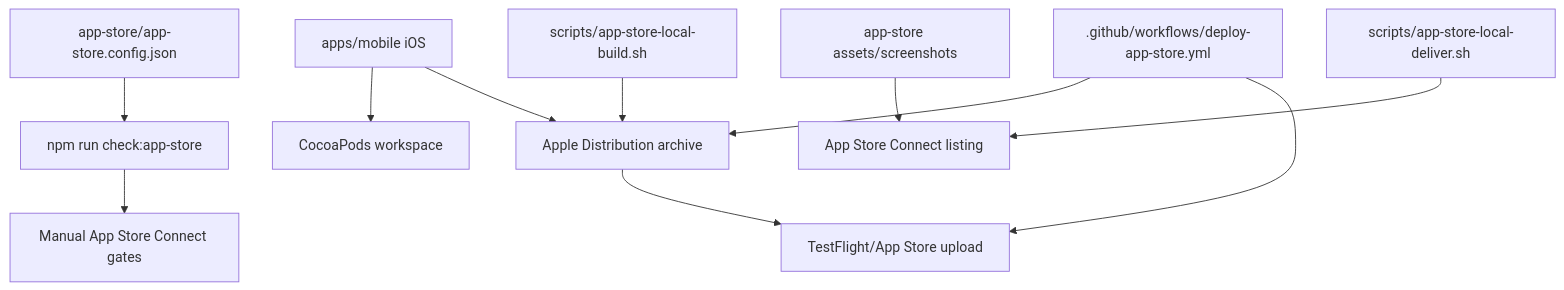
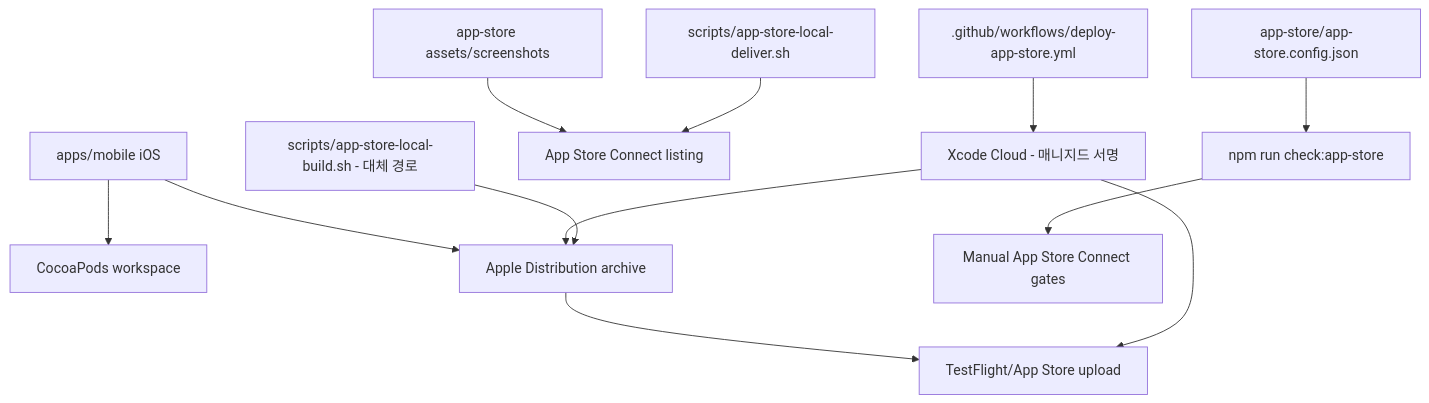
Before and after one commit to seorilabs/crossword-puzzle: the diagram in docs/app-store-registration.md, drawn with Mermaid. The commit also changed other lines of this file and 9 other files, not shown here.

First line of the commit message:
App Store 배포를 Xcode Cloud로 라우팅 (#343)

````diff
--- a/docs/app-store-registration.md
+++ b/docs/app-store-registration.md
@@ -17,13 +17,14 @@
 ```mermaid
 flowchart TD
   Config["app-store/app-store.config.json"] --> Checker["npm run check:app-store"]
   Mobile["apps/mobile iOS"] --> Pods["CocoaPods workspace"]
   Mobile --> Archive["Apple Distribution archive"]
   Assets["app-store assets/screenshots"] --> Listing["App Store Connect listing"]
   Checker --> Console["Manual App Store Connect gates"]
   Archive --> Upload["TestFlight/App Store upload"]
-  Workflow[".github/workflows/deploy-app-store.yml"] --> Archive
-  Workflow --> Upload
-  LocalBuild["scripts/app-store-local-build.sh"] --> Archive
+  Workflow[".github/workflows/deploy-app-store.yml"] --> XcodeCloud["Xcode Cloud - 매니지드 서명"]
+  XcodeCloud --> Archive
+  XcodeCloud --> Upload
+  LocalBuild["scripts/app-store-local-build.sh - 대체 경로"] --> Archive
   LocalDeliver["scripts/app-store-local-deliver.sh"] --> Listing
 ```
````
